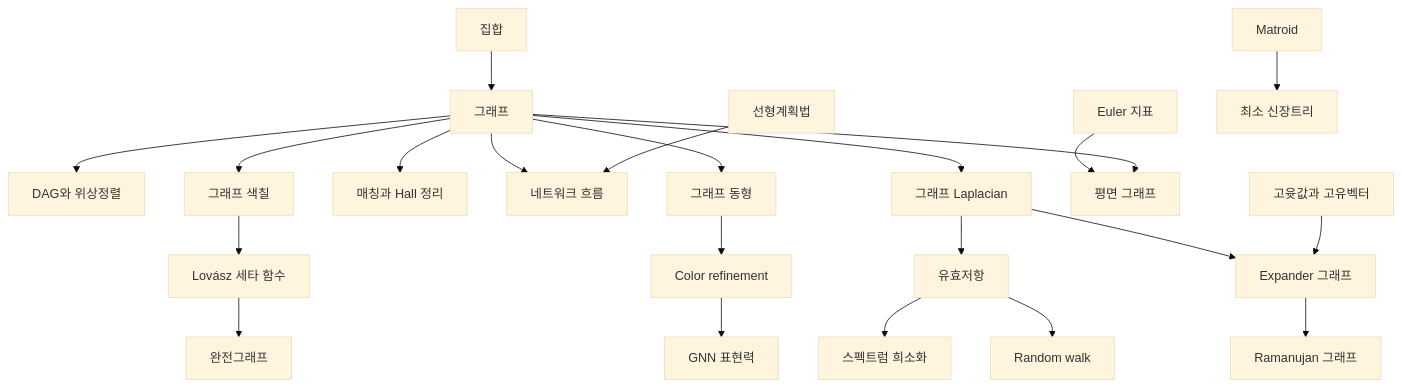
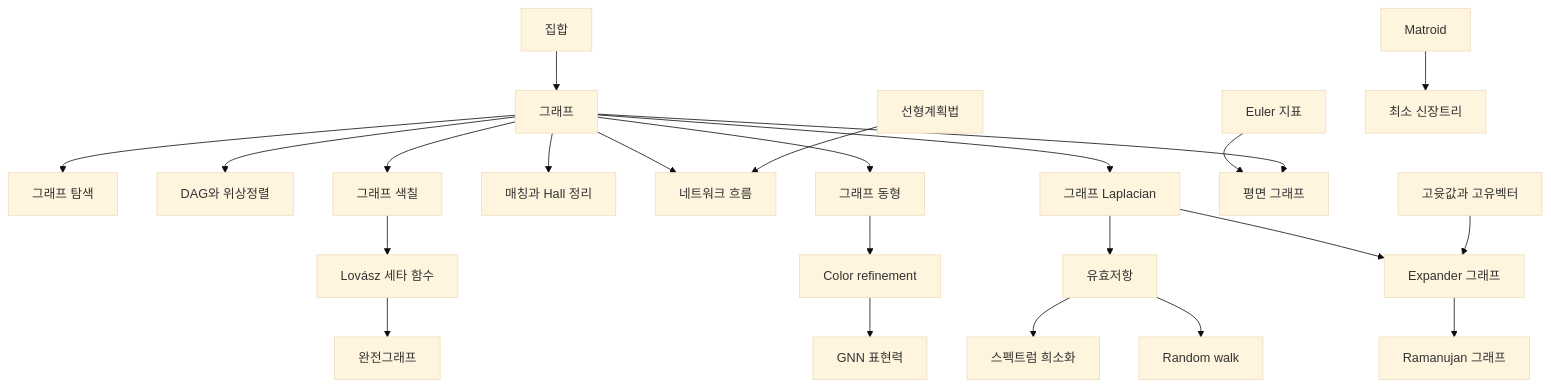
One commit to Phryxia/math-map changed the diagram in docs/graph-theory-overview.md. Above: the diagram before and after it, drawn with Mermaid (base theme). The commit also changed other lines of this file and 3 other files, not shown here.

First line of the commit message:
add graph-search under graphs, fills a graph-theory-overview gap

````diff
--- a/docs/graph-theory-overview.md
+++ b/docs/graph-theory-overview.md
@@ -13,24 +13,25 @@
 ```mermaid
 graph TD
   ST["집합"] --> GR["그래프"]
+  GR --> GS2["그래프 탐색"]
   GR --> DG["DAG와 위상정렬"]
   GR --> GC["그래프 색칠"]
   GR --> MA["매칭과 Hall 정리"]
   GR --> NF["네트워크 흐름"]
   GR --> GI["그래프 동형"]
   GR --> GL["그래프 Laplacian"]
   EC["Euler 지표"] --> PG["평면 그래프"]
   GR --> PG
   LP["선형계획법"] --> NF
   GC --> LT["Lovász 세타 함수"]
   LT --> PF["완전그래프"]
   GI --> CR["Color refinement"]
   CR --> GN["GNN 표현력"]
   MT["Matroid"] --> MS["최소 신장트리"]
   GL --> ER["유효저항"]
   GL --> EG["Expander 그래프"]
   EV["고윳값과 고유벡터"] --> EG
   ER --> SS["스펙트럼 희소화"]
   ER --> RW["Random walk"]
   EG --> RG["Ramanujan 그래프"]
 ```
````
